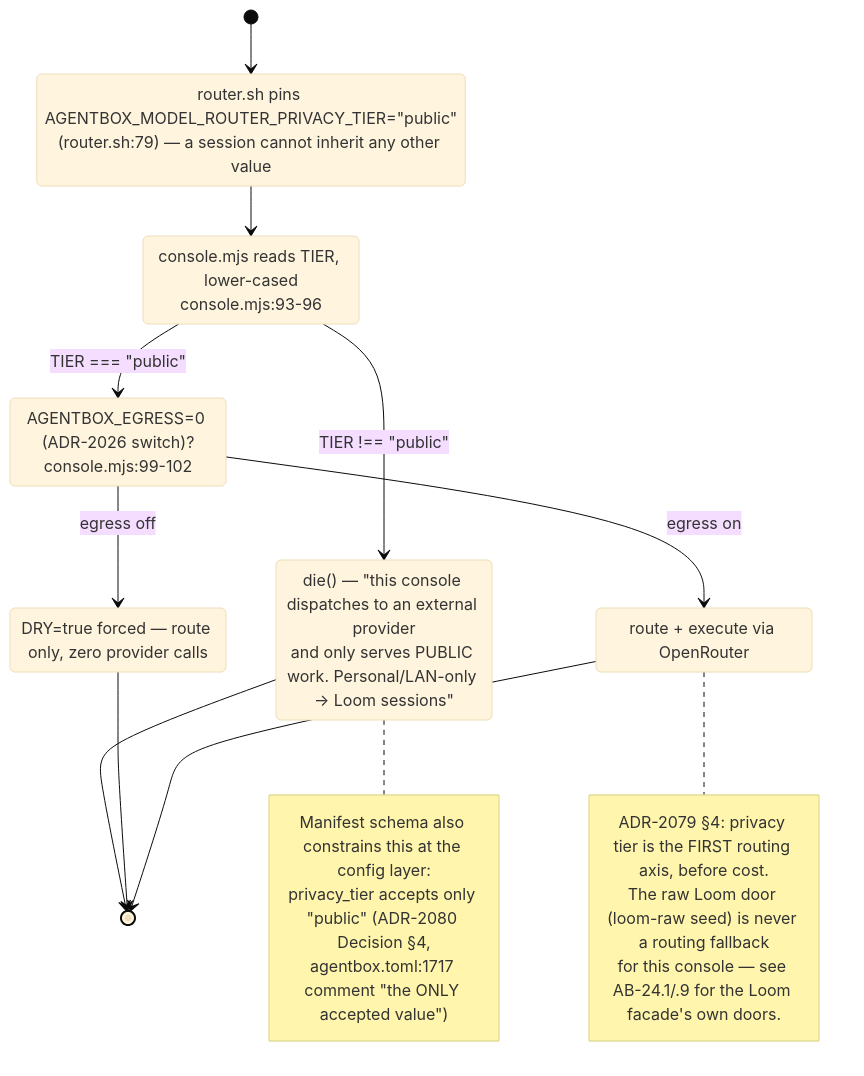
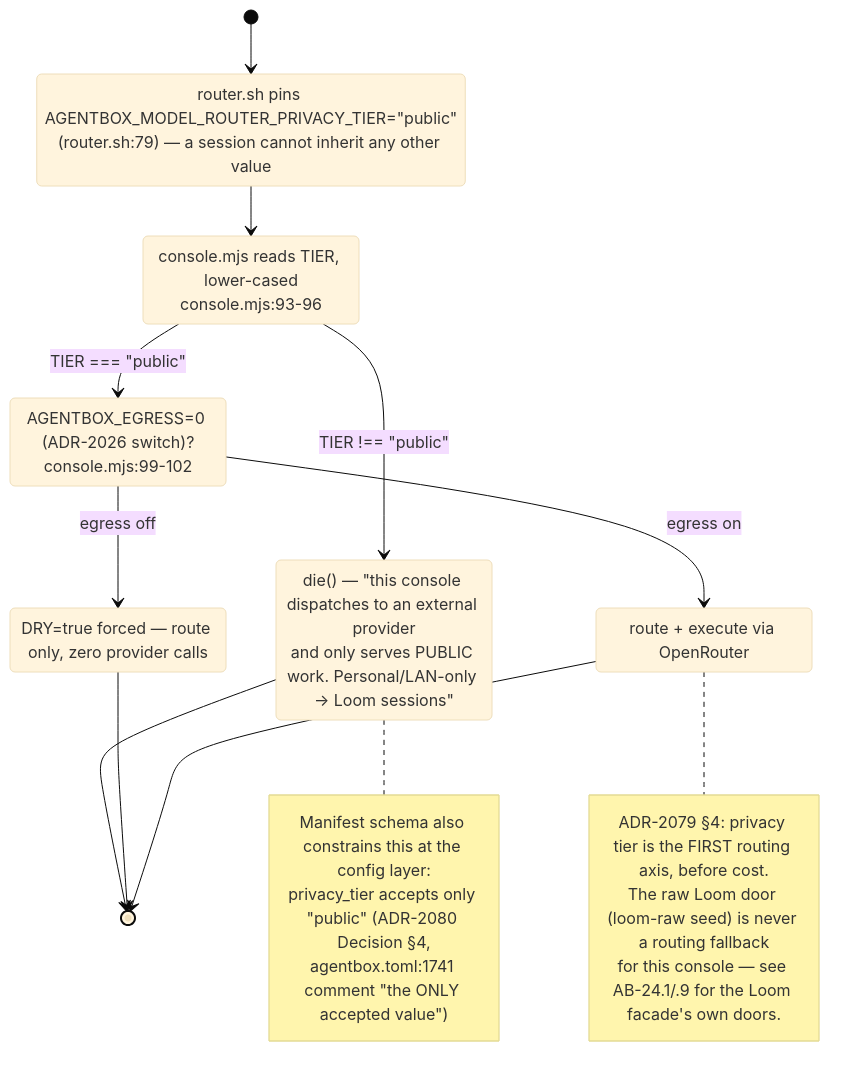
Before and after one commit to DreamLab-AI/VisionFlow: the sixth of 9 diagrams in docs/diagrams/agentbox/29-metaharness-router-console.md, drawn with Mermaid (base theme). The commit also changed other lines of this file and 145 other files, not shown here.

````diff
--- a/docs/diagrams/agentbox/29-metaharness-router-console.md
+++ b/docs/diagrams/agentbox/29-metaharness-router-console.md
@@ -211,28 +217,28 @@
 ```mermaid
 stateDiagram-v2
     [*] --> WrapperCheck
     WrapperCheck: router.sh pins AGENTBOX_MODEL_ROUTER_PRIVACY_TIER="public"<br/>(router.sh:79) — a session cannot inherit any other value
     WrapperCheck --> ConsoleCheck
     ConsoleCheck: console.mjs reads TIER, lower-cased<br/>console.mjs:93-96
     ConsoleCheck --> Refused: TIER !== "public"
     ConsoleCheck --> EgressCheck: TIER === "public"
     Refused: die() — "this console dispatches to an external provider<br/>and only serves PUBLIC work. Personal/LAN-only → Loom sessions"
     Refused --> [*]
     EgressCheck: AGENTBOX_EGRESS=0 (ADR-2026 switch)?<br/>console.mjs:99-102
     EgressCheck --> DryRunForced: egress off
     EgressCheck --> NormalRun: egress on
     DryRunForced: DRY=true forced — route only, zero provider calls
     NormalRun: route + execute via OpenRouter
     DryRunForced --> [*]
     NormalRun --> [*]
     note right of Refused
         Manifest schema also constrains this at the config layer:
         privacy_tier accepts only "public" (ADR-2080 Decision §4,
-        agentbox.toml:1717 comment "the ONLY accepted value")
+        agentbox.toml:1741 comment "the ONLY accepted value")
     end note
     note right of NormalRun
         ADR-2079 §4: privacy tier is the FIRST routing axis, before cost.
         The raw Loom door (loom-raw seed) is never a routing fallback
         for this console — see AB-24.1/.9 for the Loom facade's own doors.
     end note
 ```
````
